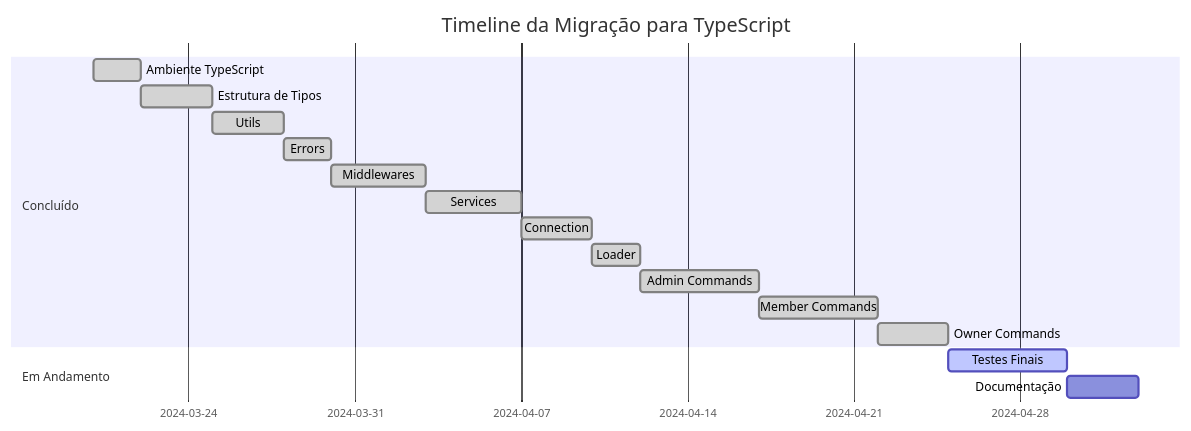
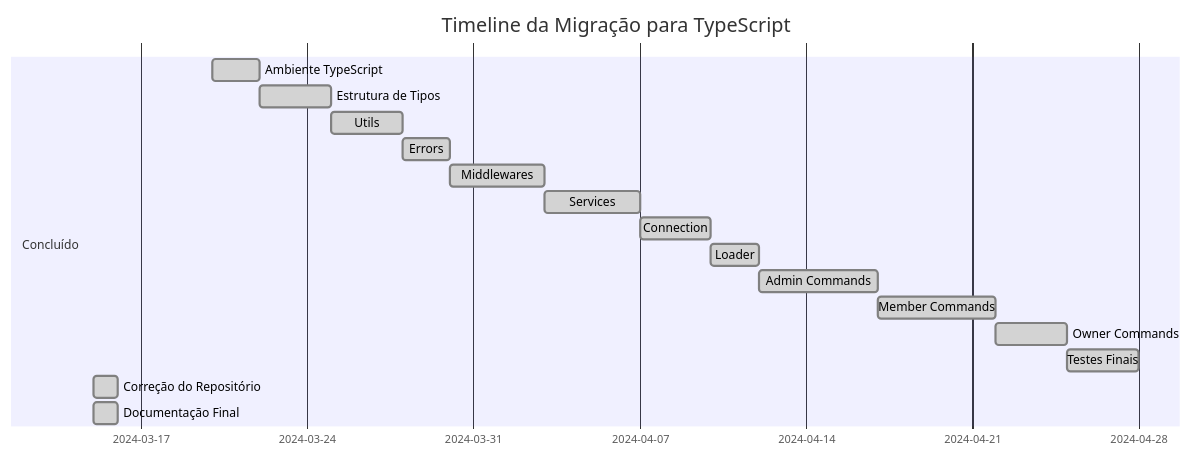
The second of 2 diagrams in docs/status.md (AnthonyVeras/NeroBot), drawn with Mermaid before and after one commit. The commit also changed other lines of this file and 13 other files, not shown here.

````diff
--- a/docs/status.md
+++ b/docs/status.md
@@ -76,20 +78,20 @@
 ```mermaid
 gantt
     title Timeline da Migração para TypeScript
     dateFormat  YYYY-MM-DD
     section Concluído
     Ambiente TypeScript      :done, a1, 2024-03-20, 2d
     Estrutura de Tipos       :done, a2, after a1, 3d
     Utils                    :done, b1, after a2, 3d
     Errors                   :done, b2, after b1, 2d
     Middlewares              :done, b3, after b2, 4d
     Services                 :done, b4, after b3, 4d
     Connection               :done, b5, after b4, 3d
     Loader                   :done, b6, after b5, 2d
     Admin Commands           :done, c1, after b6, 5d
     Member Commands          :done, c2, after c1, 5d
     Owner Commands           :done, c3, after c2, 3d
-    section Em Andamento
-    Testes Finais            :active, d1, after c3, 5d
-    Documentação             :d2, after d1, 3d
+    Testes Finais            :done, d1, after c3, 3d
+    Correção do Repositório  :done, d2, 2024-03-15, 1d
+    Documentação Final       :done, d3, 2024-03-15, 1d
 ```
````
